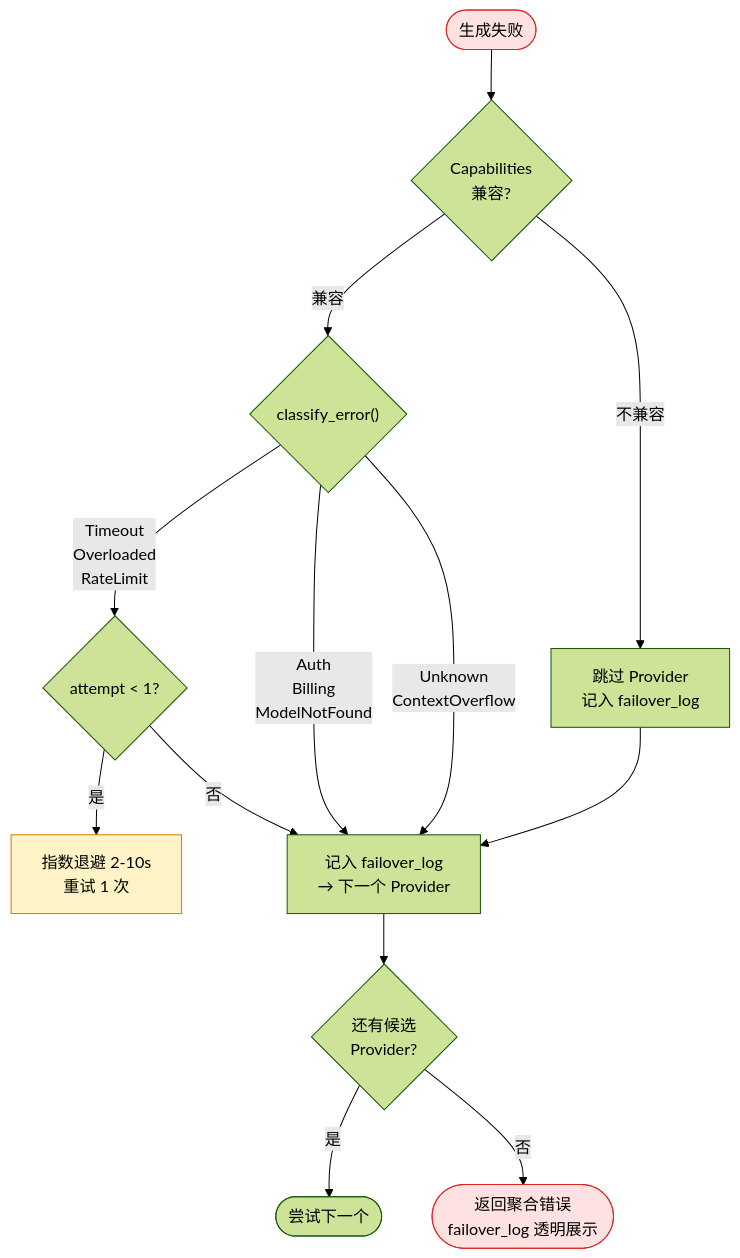
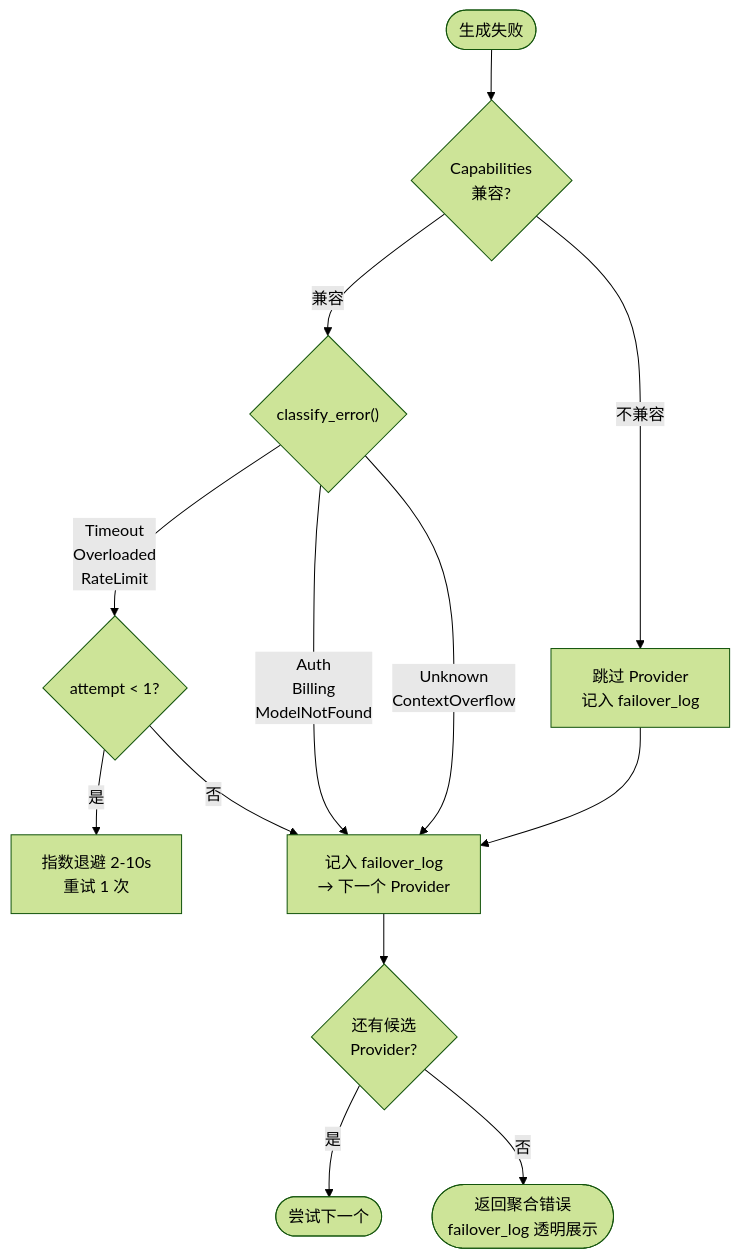
The sixth of 11 diagrams in docs/architecture/image-generation.md (shiwenwen/hope-agent), drawn with Mermaid (forest theme) before and after one commit. The commit also changed other lines of this file and 13 other files, not shown here.

First line of the commit message:
docs: 移除 mermaid 图表中的自定义背景色填充

````diff
--- a/docs/architecture/image-generation.md
+++ b/docs/architecture/image-generation.md
@@ -283,22 +267,19 @@
 ```mermaid
 flowchart TD
     ERR(["生成失败"]) --> CAP{"Capabilities<br/>兼容?"}
     CAP -- "不兼容" --> SKIP1["跳过 Provider<br/>记入 failover_log"]
     CAP -- "兼容" --> CLASSIFY{"classify_error()"}
 
     CLASSIFY -- "Timeout<br/>Overloaded<br/>RateLimit" --> RETRY{"attempt < 1?"}
     RETRY -- "是" --> BACKOFF["指数退避 2-10s<br/>重试 1 次"]
     RETRY -- "否" --> NEXT["记入 failover_log<br/>→ 下一个 Provider"]
 
     CLASSIFY -- "Auth<br/>Billing<br/>ModelNotFound" --> NEXT
     CLASSIFY -- "Unknown<br/>ContextOverflow" --> NEXT
 
     SKIP1 --> NEXT
     NEXT --> HAS{"还有候选<br/>Provider?"}
     HAS -- "是" --> LOOP(["尝试下一个"])
     HAS -- "否" --> FAIL(["返回聚合错误<br/>failover_log 透明展示"])
 
-    style ERR fill:#fee2e2,stroke:#dc2626
-    style BACKOFF fill:#fef3c7,stroke:#d97706
-    style FAIL fill:#fee2e2,stroke:#dc2626
 ```
````
